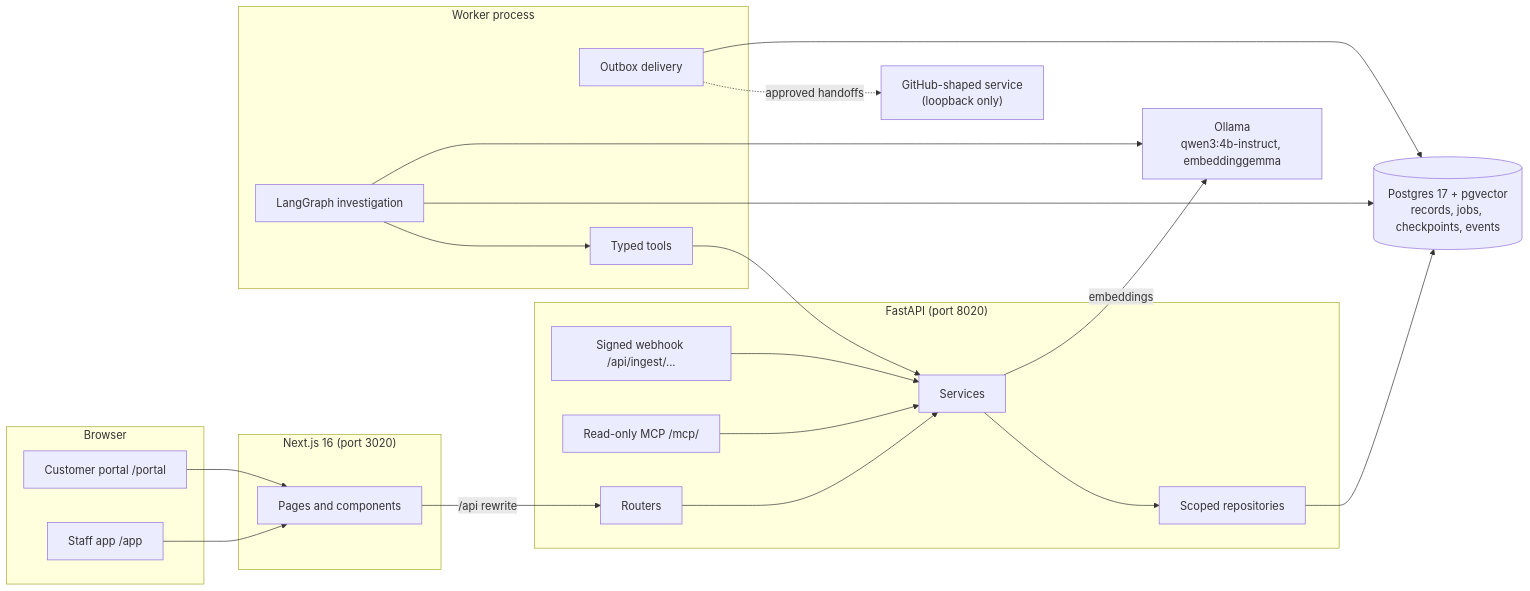
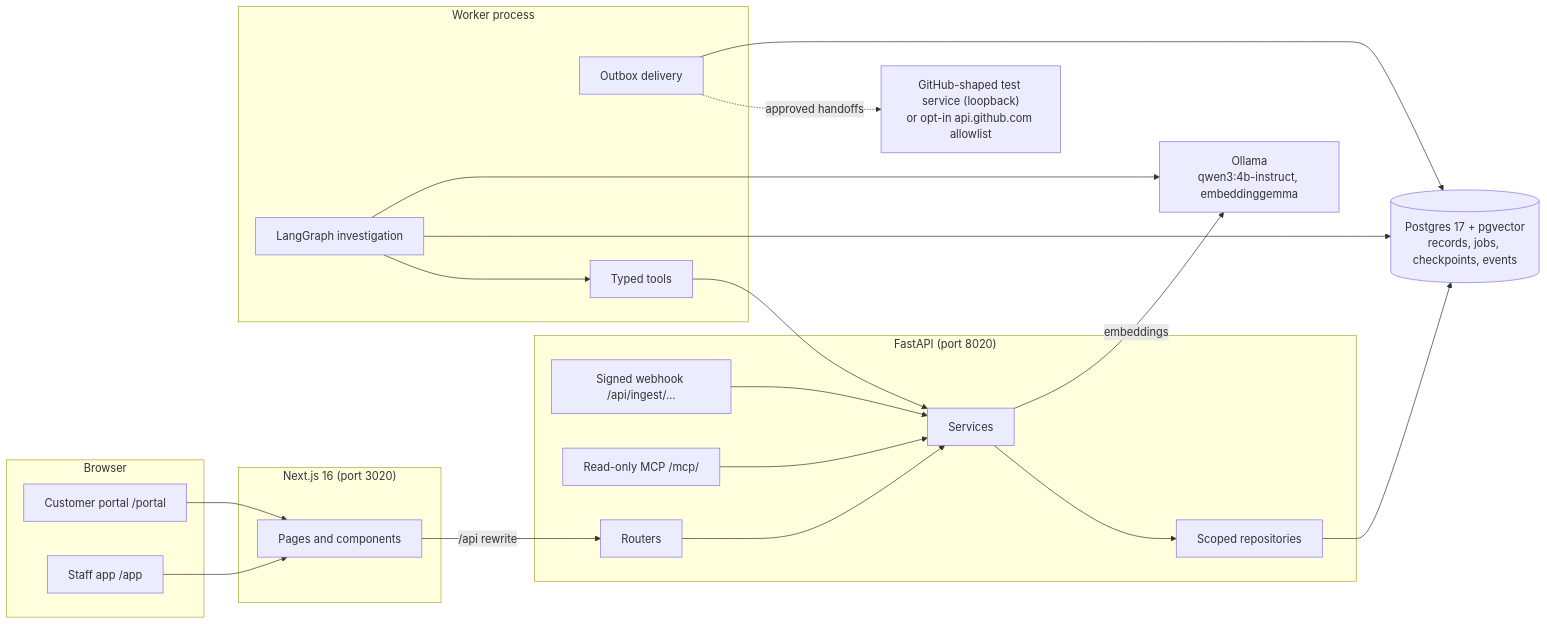
One commit to rithika-sr/relayops-support-triage-agent changed the first of 7 diagrams in docs/diagrams.md. Above: the diagram before and after it, drawn with Mermaid. The commit also changed other lines of this file and 10 other files, not shown here.

First line of the commit message:
feat(connector): opt-in live GitHub profile with host and repository allowlist

````diff
--- a/docs/diagrams.md
+++ b/docs/diagrams.md
@@ -11,33 +12,33 @@
 ```mermaid
 flowchart LR
   subgraph Browser
     Staff[Staff app /app]
     Portal[Customer portal /portal]
   end
   subgraph Web["Next.js 16 (port 3020)"]
     Pages[Pages and components]
   end
   subgraph API["FastAPI (port 8020)"]
     Routers[Routers] --> Services[Services]
     Services --> Repos[Scoped repositories]
     MCP["Read-only MCP /mcp/"] --> Services
     Ingest["Signed webhook /api/ingest/..."] --> Services
   end
   subgraph Worker["Worker process"]
     Graph[LangGraph investigation] --> Tools[Typed tools]
     Outbox[Outbox delivery]
   end
   DB[("Postgres 17 + pgvector<br/>records, jobs, checkpoints, events")]
   Ollama["Ollama<br/>qwen3:4b-instruct, embeddinggemma"]
-  Fake["GitHub-shaped service<br/>(loopback only)"]
+  Fake["GitHub-shaped test service (loopback)<br/>or opt-in api.github.com allowlist"]
   Staff --> Pages
   Portal --> Pages
   Pages -- "/api rewrite" --> Routers
   Repos --> DB
   Graph --> DB
   Tools --> Services
   Graph --> Ollama
   Services -- "embeddings" --> Ollama
   Outbox --> DB
   Outbox -. "approved handoffs" .-> Fake
 ```
````
